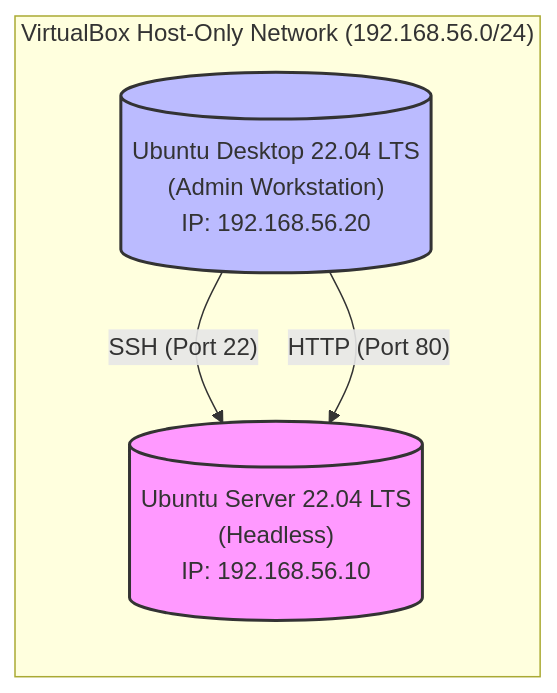
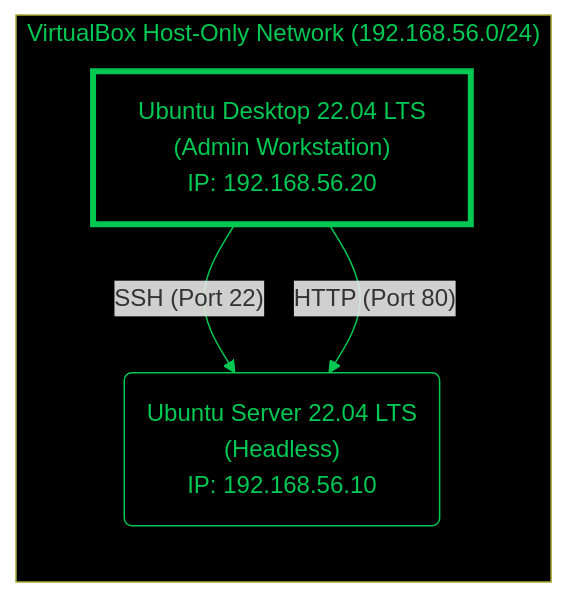
Before and after one commit to Z23599848/OS-coursework: the diagram in journal/week1.md, drawn with Mermaid.

````diff
--- a/journal/week1.md
+++ b/journal/week1.md
@@ -7,13 +7,17 @@
 ```mermaid
-graph LR
-    subgraph "VirtualBox Host-Only Network (192.168.56.0/24)"
-        Server[("Ubuntu Server 22.04 LTS\n(Headless)\nIP: 192.168.56.10")]
-        Workstation[("Ubuntu Desktop 22.04 LTS\n(Admin Workstation)\nIP: 192.168.56.20")]
-    end
-    
-    Workstation -- "SSH (Port 22)" --> Server
-    Workstation -- "HTTP (Port 80)" --> Server
-    
-    style Server fill:#f9f,stroke:#333,stroke-width:2px
-    style Workstation fill:#bbf,stroke:#333,stroke-width:2px
+flowchart LR
+ subgraph subGraph0["VirtualBox Host-Only Network (192.168.56.0/24)"]
+        Server["Ubuntu Server 22.04 LTS\n(Headless)\nIP: 192.168.56.10"]
+        Workstation["Ubuntu Desktop 22.04 LTS\n(Admin Workstation)\nIP: 192.168.56.20"]
+  end
+    Workstation -- SSH (Port 22) --> Server
+    Workstation -- HTTP (Port 80) --> Server
+
+    Server@{ shape: rounded}
+    Workstation@{ shape: rect}
+    style Server fill:#000000,color:#00C853,stroke:#00C853
+    style Workstation stroke-width:4px,stroke-dasharray: 0,stroke:#00C853,color:#00C853,fill:#000000
+    style subGraph0 fill:#000000,color:#00C853
+    linkStyle 0 stroke:#00C853,fill:none
+    linkStyle 1 stroke:#00C853,fill:none
 ```
````
